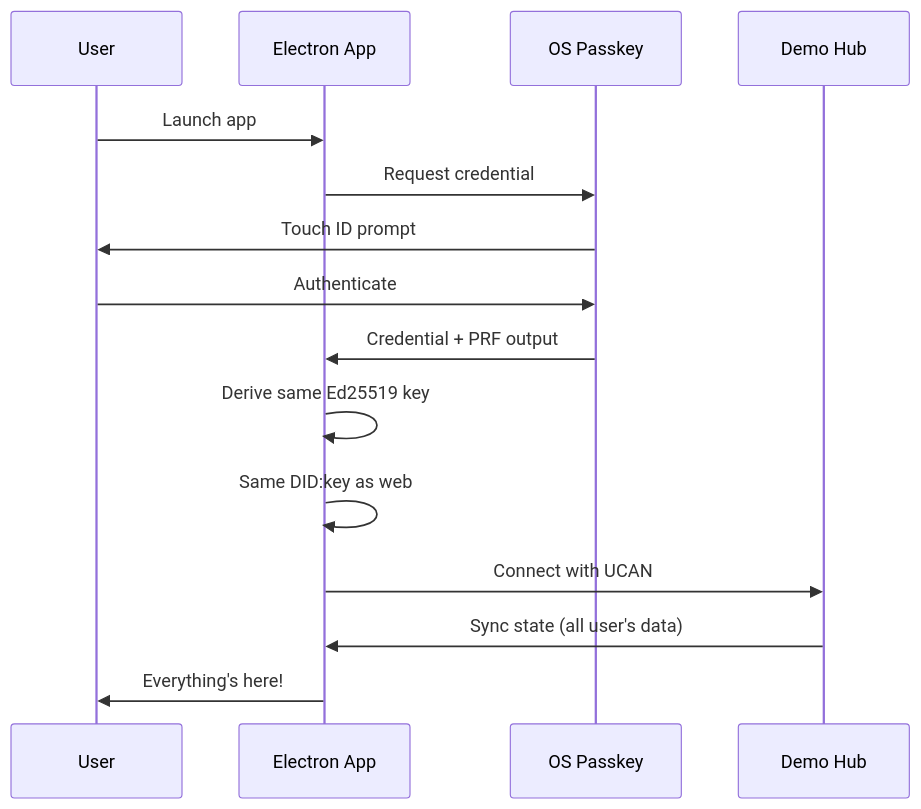
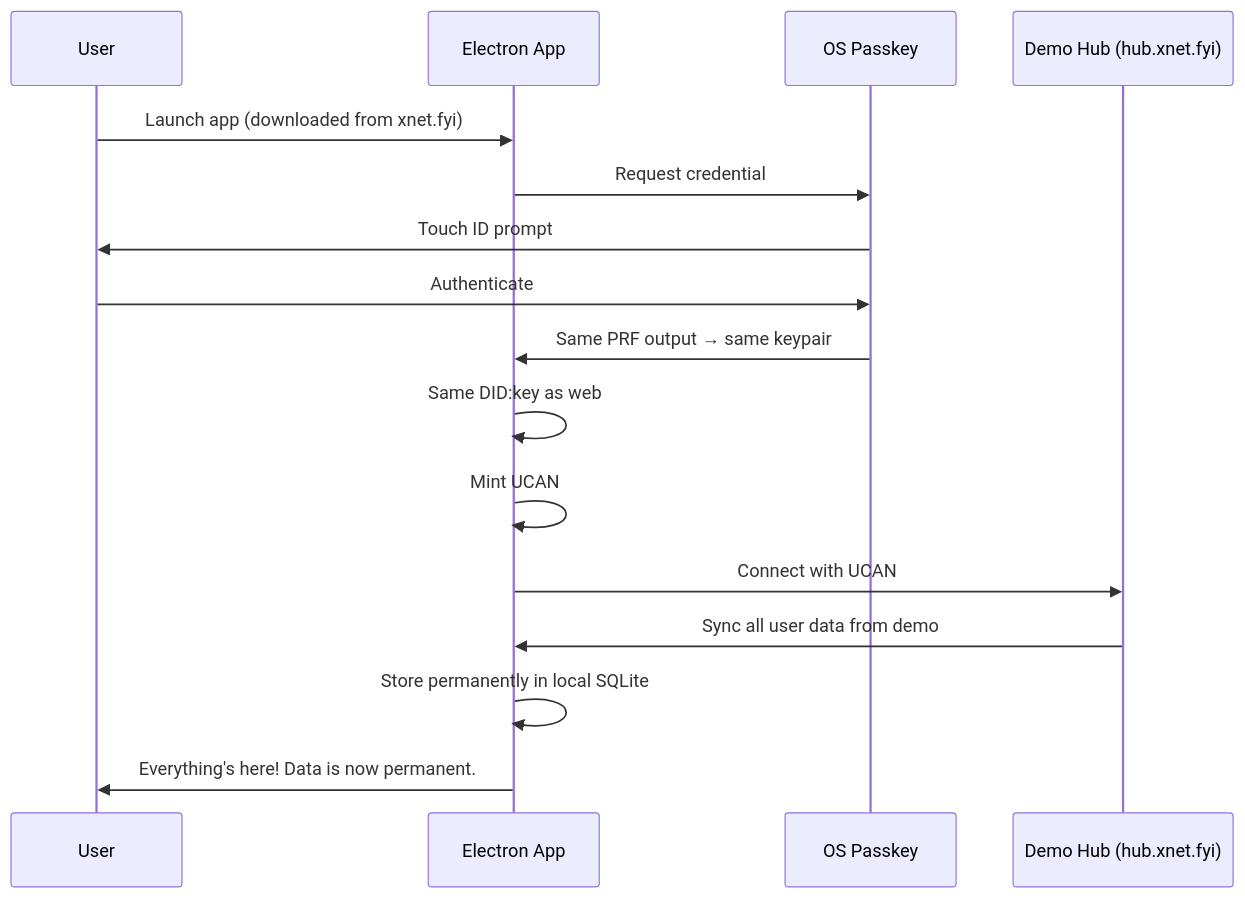
One commit to crs48/xNet changed the third of 3 diagrams in docs/planStep03_91OnboardingAndPolish/README.md. Above: the diagram before and after it, drawn with Mermaid. The commit also changed other lines of this file and 9 other files, not shown here.

First line of the commit message:
docs: update onboarding plan for passkey-first auth, Railway demo hub, and xnet.fyi domain

````diff
--- a/docs/planStep03_91OnboardingAndPolish/README.md
+++ b/docs/planStep03_91OnboardingAndPolish/README.md
@@ -302,20 +300,21 @@
 ```mermaid
 sequenceDiagram
     participant User
     participant Desktop as Electron App
     participant Passkey as OS Passkey
-    participant Hub as Demo Hub
+    participant Hub as Demo Hub (hub.xnet.fyi)
 
-    User->>Desktop: Launch app
+    User->>Desktop: Launch app (downloaded from xnet.fyi)
     Desktop->>Passkey: Request credential
     Passkey->>User: Touch ID prompt
     User->>Passkey: Authenticate
-    Passkey->>Desktop: Credential + PRF output
+    Passkey->>Desktop: Same PRF output → same keypair
 
-    Desktop->>Desktop: Derive same Ed25519 key
     Desktop->>Desktop: Same DID:key as web
+    Desktop->>Desktop: Mint UCAN
 
     Desktop->>Hub: Connect with UCAN
-    Hub->>Desktop: Sync state (all user's data)
-    Desktop->>User: Everything's here!
+    Hub->>Desktop: Sync all user data from demo
+    Desktop->>Desktop: Store permanently in local SQLite
+    Desktop->>User: Everything's here! Data is now permanent.
 ```
````
